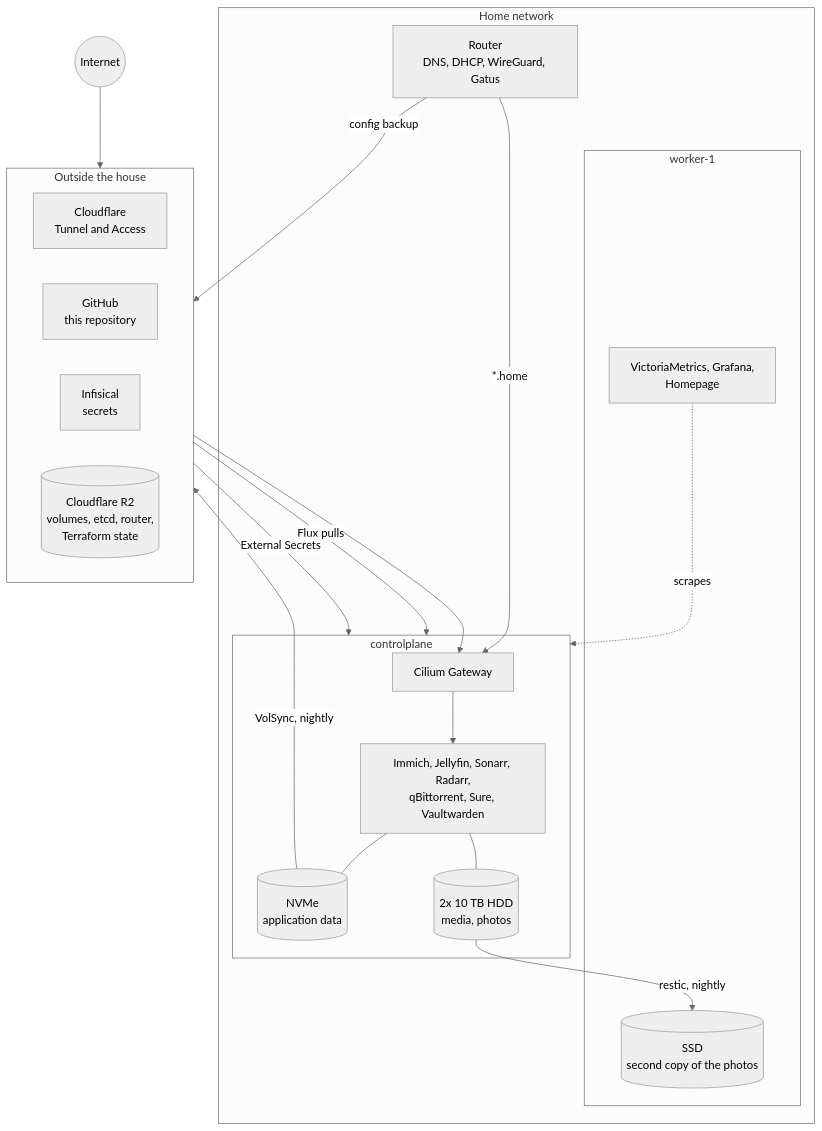
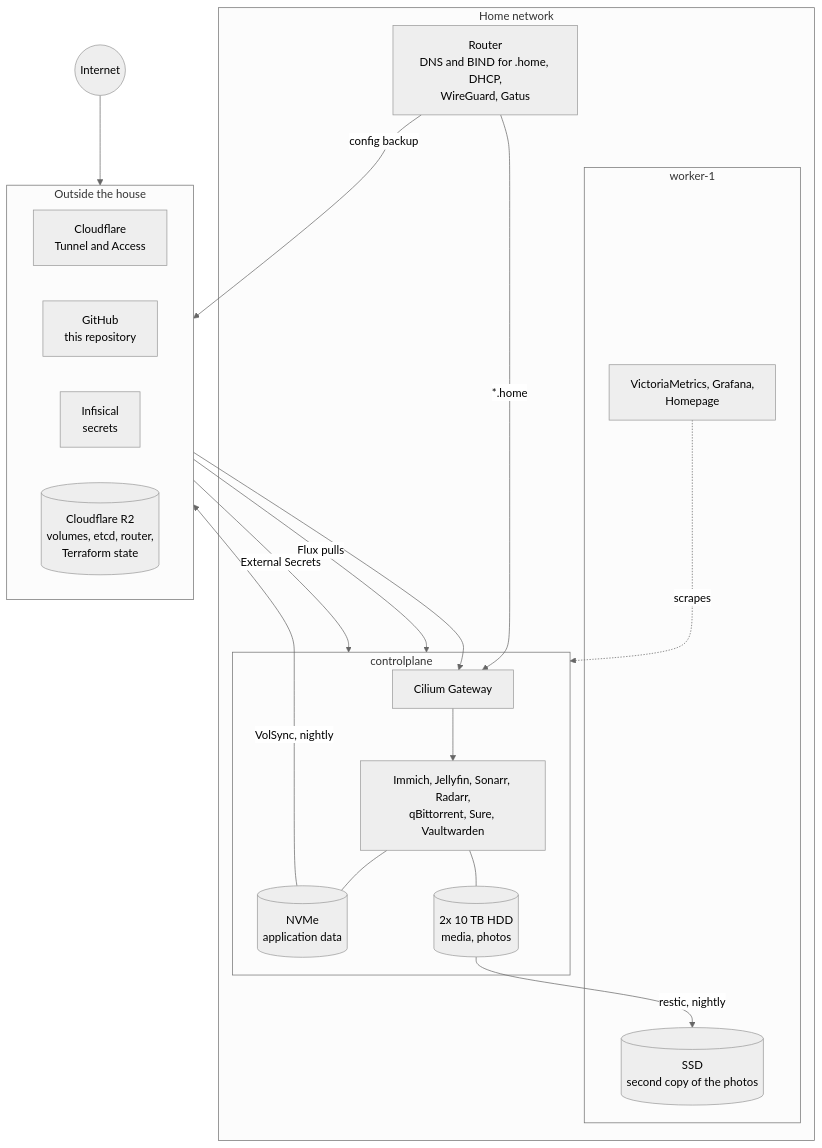
Before and after one commit to serhii-myronets/homelab: the diagram in README.md, drawn with Mermaid (neutral theme). The commit also changed 4 other files, not shown here.

First line of the commit message:
Record the day: the lab rebuilt, and .home served by BIND

````diff
--- a/README.md
+++ b/README.md
@@ -25,41 +25,41 @@
 ```mermaid
 flowchart TB
   internet((Internet))
 
   subgraph cloud [Outside the house]
     direction LR
     cf[Cloudflare<br/>Tunnel and Access]
     gh[GitHub<br/>this repository]
     inf[Infisical<br/>secrets]
     r2[(Cloudflare R2<br/>volumes, etcd, router,<br/>Terraform state)]
   end
 
   subgraph home [Home network]
-    router[Router<br/>DNS, DHCP, WireGuard, Gatus]
+    router[Router<br/>DNS and BIND for .home, DHCP,<br/>WireGuard, Gatus]
 
     subgraph cp [controlplane]
       gw[Cilium Gateway]
       apps[Immich, Jellyfin, Sonarr, Radarr,<br/>qBittorrent, Sure, Vaultwarden]
       nvme[(NVMe<br/>application data)]
       hdd[(2x 10 TB HDD<br/>media, photos)]
     end
 
     subgraph w1 [worker-1]
       mon[VictoriaMetrics, Grafana,<br/>Homepage]
       copy[(SSD<br/>second copy of the photos)]
     end
   end
 
   internet --> cf
   cf --> gw
   gh -- "Flux pulls" --> cp
   inf -- "External Secrets" --> cp
   router -- "*.home" --> gw
   gw --> apps
   apps --- nvme
   apps --- hdd
   nvme -- "VolSync, nightly" --> r2
   router -- "config backup" --> r2
   hdd -- "restic, nightly" --> copy
   mon -. "scrapes" .-> cp
 ```
````
